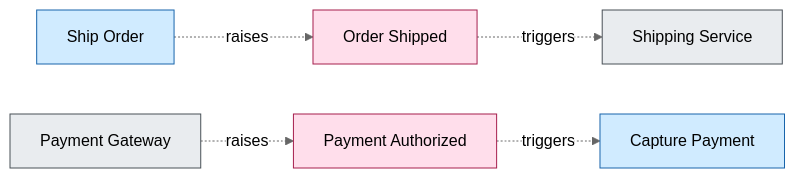
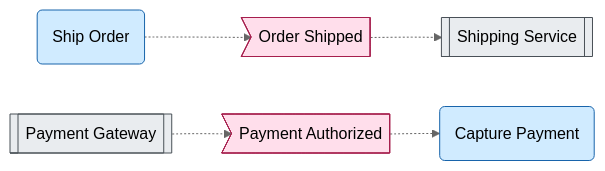
Before and after one commit to manji-0/rdra-ish-dsl: the ninth of 11 diagrams in docs/diagram-sample-review.md, drawn with Mermaid (neutral theme). The commit also changed other lines of this file and 95 other files, not shown here.

````diff
--- a/docs/diagram-sample-review.md
+++ b/docs/diagram-sample-review.md
@@ -601,19 +603,19 @@
 ```mermaid
 %% rdra-ish diagram=event scope=whole model=samples/ec-site
 %% kinds: event usecase extsystem
 %% omitted: state transitions
 flowchart LR
-  event__EvOrderShipped["Order Shipped"]:::event
-  usecase__ShipOrder["Ship Order"]:::usecase
-  usecase__ShipOrder -.->|raises| event__EvOrderShipped
-  extsystem__ShippingSvc["Shipping Service"]:::extsystem
-  event__EvOrderShipped -.->|triggers| extsystem__ShippingSvc
-  event__EvPaymentAuthorized["Payment Authorized"]:::event
-  extsystem__PaymentGW["Payment Gateway"]:::extsystem
-  extsystem__PaymentGW -.->|raises| event__EvPaymentAuthorized
-  usecase__Capture["Capture Payment"]:::usecase
-  event__EvPaymentAuthorized -.->|triggers| usecase__Capture
+  event__EvOrderShipped>"Order Shipped"]:::event
+  usecase__ShipOrder("Ship Order"):::usecase
+  usecase__ShipOrder -.-> event__EvOrderShipped
+  extsystem__ShippingSvc[["Shipping Service"]]:::extsystem
+  event__EvOrderShipped -.-> extsystem__ShippingSvc
+  event__EvPaymentAuthorized>"Payment Authorized"]:::event
+  extsystem__PaymentGW[["Payment Gateway"]]:::extsystem
+  extsystem__PaymentGW -.-> event__EvPaymentAuthorized
+  usecase__Capture("Capture Payment"):::usecase
+  event__EvPaymentAuthorized -.-> usecase__Capture
   classDef event fill:#ffdeeb,stroke:#a61e4d,color:#000;
   classDef usecase fill:#d0ebff,stroke:#1864ab,color:#000;
   classDef extsystem fill:#e9ecef,stroke:#495057,color:#000;
 ```
````
